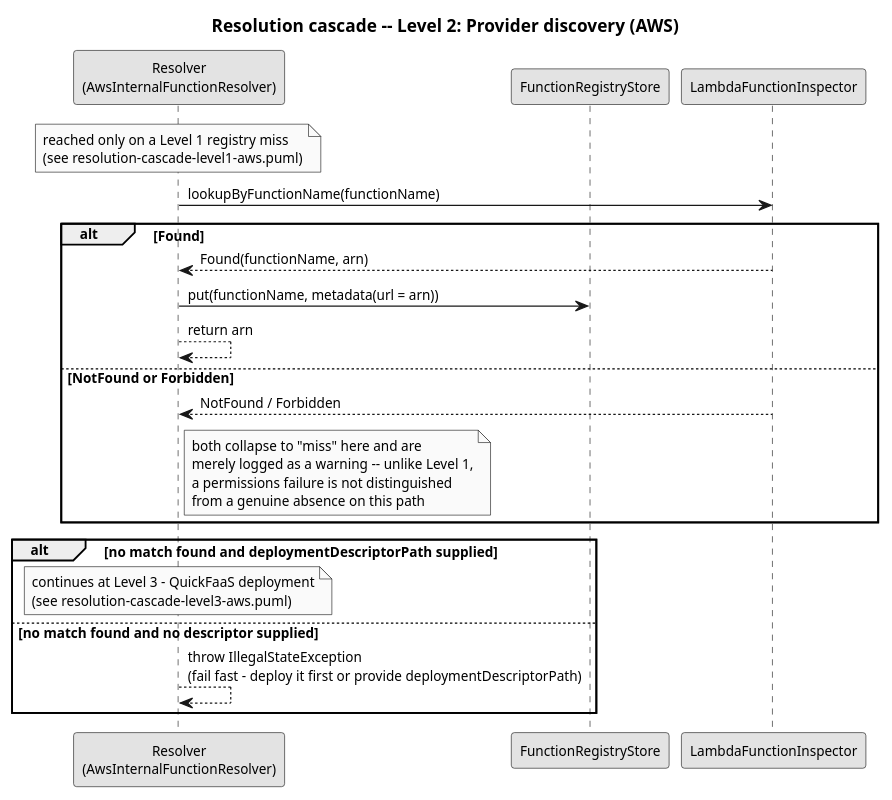
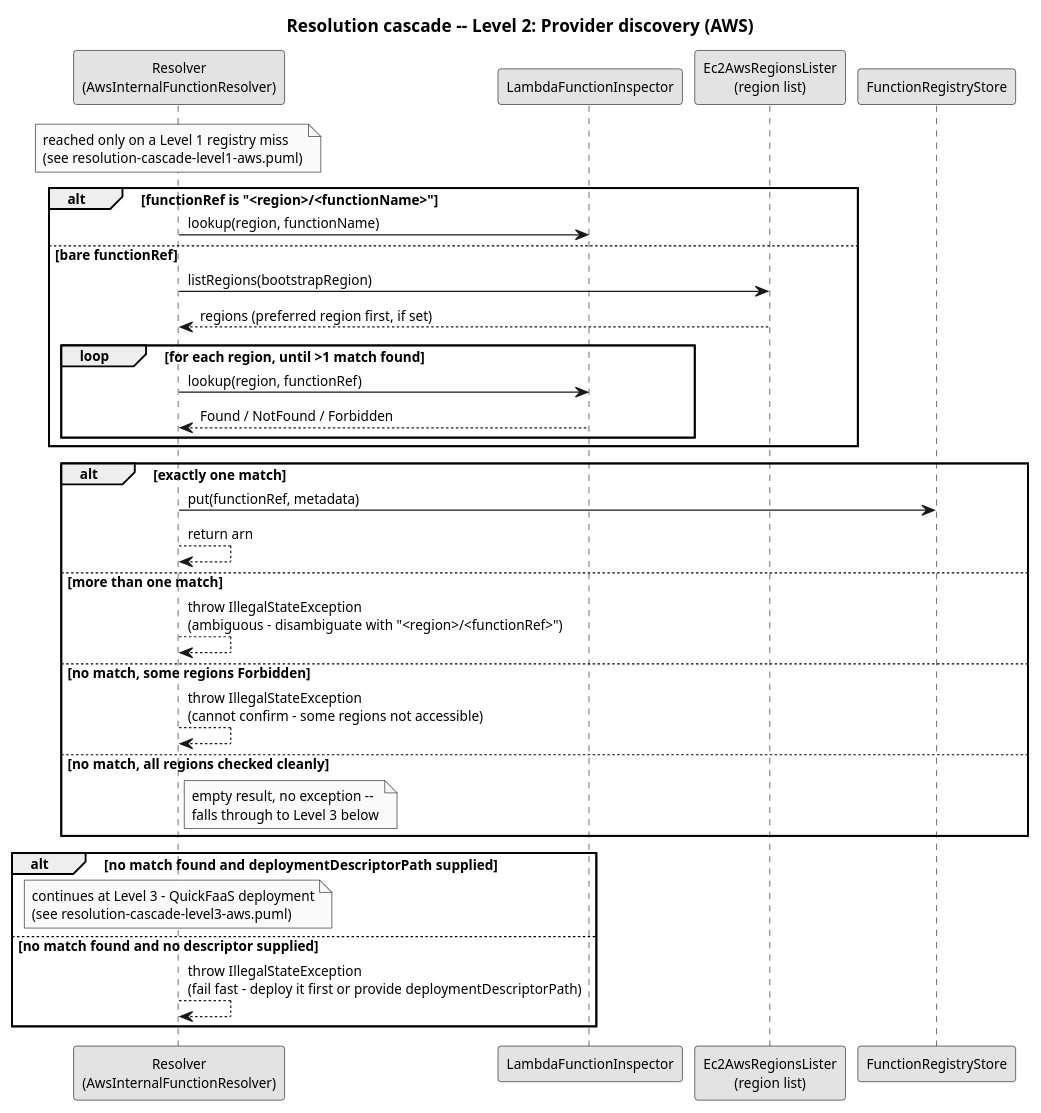
Before and after one commit to EngenheiroPedroCarvalho/ISEL-Thesis-2526: the diagram in diagrams/resolution-cascade-level2-aws.puml, drawn with PlantUML. The commit also changed 16 other files, not shown here.

First line of the commit message:
Update thesis text for region-agnostic AWS internal-function resolution

```diff
--- a/diagrams/resolution-cascade-level2-aws.puml
+++ b/diagrams/resolution-cascade-level2-aws.puml
@@ -1,39 +1,50 @@
 @startuml resolution-cascade-level2-aws
 skinparam monochrome true
 skinparam shadowing false
 skinparam defaultFontSize 11
 title Resolution cascade -- Level 2: Provider discovery (AWS)
 
 participant "Resolver\n(AwsInternalFunctionResolver)" as R
+participant "LambdaFunctionInspector" as AI
+participant "Ec2AwsRegionsLister\n(region list)" as AL
 participant "FunctionRegistryStore" as REG
-participant "LambdaFunctionInspector" as AI
 
 note over R
   reached only on a Level 1 registry miss
   (see resolution-cascade-level1-aws.puml)
 end note
 
-R -> AI : lookupByFunctionName(functionName)
-alt Found
-  AI --> R : Found(functionName, arn)
-  R -> REG : put(functionName, metadata(url = arn))
+alt functionRef is "<region>/<functionName>"
+  R -> AI : lookup(region, functionName)
+else bare functionRef
+  R -> AL : listRegions(bootstrapRegion)
+  AL --> R : regions (preferred region first, if set)
+  loop for each region, until >1 match found
+    R -> AI : lookup(region, functionRef)
+    AI --> R : Found / NotFound / Forbidden
+  end
+end
+
+alt exactly one match
+  R -> REG : put(functionRef, metadata)
   R --> R : return arn
-else NotFound or Forbidden
-  AI --> R : NotFound / Forbidden
+else more than one match
+  R --> R : throw IllegalStateException\n(ambiguous - disambiguate with "<region>/<functionRef>")
+else no match, some regions Forbidden
+  R --> R : throw IllegalStateException\n(cannot confirm - some regions not accessible)
+else no match, all regions checked cleanly
   note right of R
-    both collapse to "miss" here and are
-    merely logged as a warning -- unlike Level 1,
-    a permissions failure is not distinguished
-    from a genuine absence on this path
+    empty result, no exception --
+    falls through to Level 3 below
   end note
 end
 
 alt no match found and deploymentDescriptorPath supplied
   note over R
     continues at Level 3 - QuickFaaS deployment
     (see resolution-cascade-level3-aws.puml)
   end note
 else no match found and no descriptor supplied
   R --> R : throw IllegalStateException\n(fail fast - deploy it first or provide deploymentDescriptorPath)
 end
 @enduml
```
